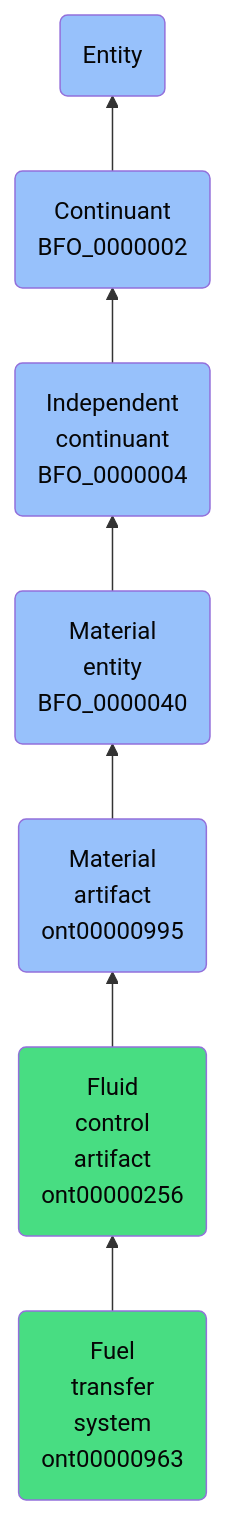
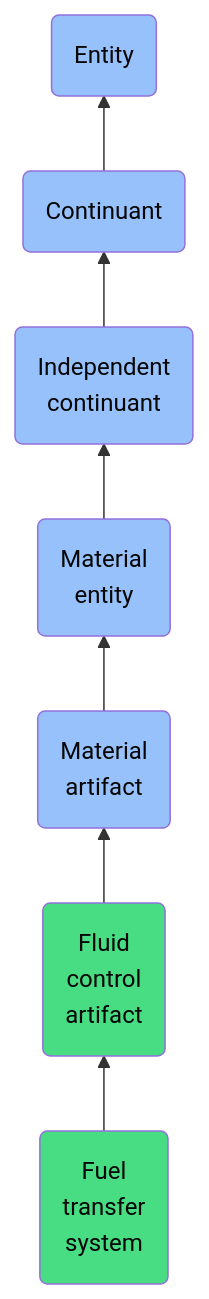
The diagram in docs/ontology/reference/model/Entity/Continuant/Independent continuant/Material entity/Material artifact/Fluid control artifact/Fuel transfer system/Fuel transfer system.md (jupyter-naas/abi), drawn with Mermaid before and after one commit. The commit also changed other lines of this file and 1430 other files, not shown here.

````diff
--- a/docs/ontology/reference/model/Entity/Continuant/Independent continuant/Material entity/Material artifact/Fluid control artifact/Fuel transfer system/Fuel transfer system.md
+++ b/docs/ontology/reference/model/Entity/Continuant/Independent continuant/Material entity/Material artifact/Fluid control artifact/Fuel transfer system/Fuel transfer system.md
@@ -24,14 +24,14 @@
 ```mermaid
 graph BT
-    ont00000963(Fuel<br>transfer<br>system<br>ont00000963):::ABI-->ont00000256
-    ont00000256(Fluid<br>control<br>artifact<br>ont00000256):::ABI-->ont00000995
-    ont00000995(Material<br>artifact<br>ont00000995):::BFO-->BFO_0000040
-    BFO_0000040(Material<br>entity<br>BFO_0000040):::BFO-->BFO_0000004
-    BFO_0000004(Independent<br>continuant<br>BFO_0000004):::BFO-->BFO_0000002
-    BFO_0000002(Continuant<br>BFO_0000002):::BFO-->BFO_0000001
+    ont00000963(Fuel<br>transfer<br>system):::ABI-->ont00000256
+    ont00000256(Fluid<br>control<br>artifact):::ABI-->ont00000995
+    ont00000995(Material<br>artifact):::BFO-->BFO_0000040
+    BFO_0000040(Material<br>entity):::BFO-->BFO_0000004
+    BFO_0000004(Independent<br>continuant):::BFO-->BFO_0000002
+    BFO_0000002(Continuant):::BFO-->BFO_0000001
     BFO_0000001(Entity):::BFO
     
     classDef BFO fill:#97c1fb,color:#060606
     classDef CCO fill:#e4c51e,color:#060606
     classDef ABI fill:#48DD82,color:#060606
 ```
````
